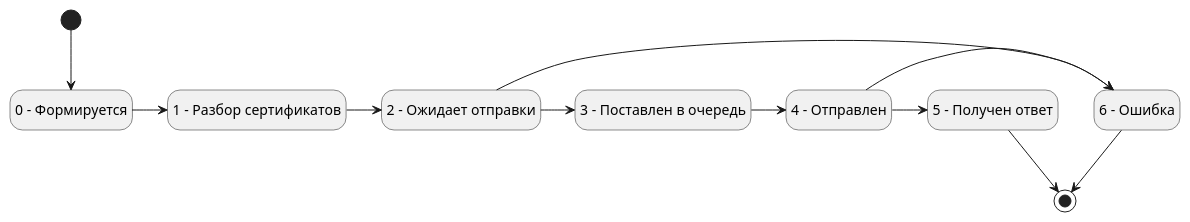
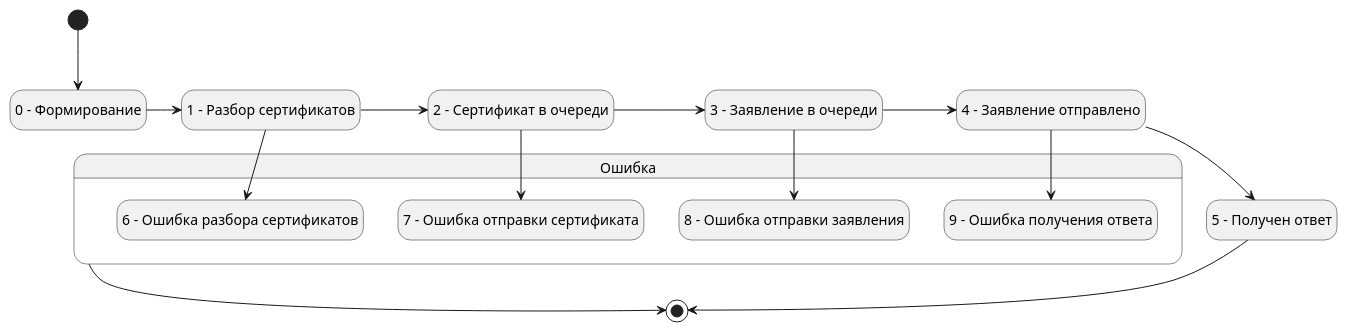
The diagram in udo_plora_statuses.puml (citpb/platform-astral-schemes), drawn with PlantUML before and after one commit.

Commit message:
Update udo_plora_statuses.puml
Система статусов доработана под новые потребности Платформы.

```diff
--- a/udo_plora_statuses.puml
+++ b/udo_plora_statuses.puml
@@ -1,23 +1,36 @@
 @startuml
 hide empty description
 
-state "0 – Формируется" as State0
+state "0 – Формирование" as State0
 state "1 – Разбор сертификатов" as State1
-state "2 - Ожидает отправки" as State2
-state "3 - Поставлен в очередь" as State3
-state "4 - Отправлен" as State4
+state "2 - Сертификат в очереди" as State2
+state "3 - Заявление в очереди" as State3
+state "4 - Заявление отправлено" as State4
 state "5 - Получен ответ" as State5
-state "6 - Ошибка" as State6
+state "Ошибка" as Error {
+state "6 – Ошибка разбора сертификатов" as State6
+state "7 – Ошибка отправки сертификата" as State7
+state "8 – Ошибка отправки заявления" as State8
+state "9 - Ошибка получения ответа" as State9
+}
 
 [*] --> State0
 State0 -> State1
+
 State1 -> State2
+State1 --> State6
+
 State2 -> State3
+State2 --> State7
+
 State3 -> State4
-State2 -> State6
+State3 --> State8
+
 State4 -> State5
-State4 -> State6
+State4 --> State9
+
+
+Error --> [*]
 State5 --> [*]
-State6 --> [*]
 
 @enduml
```
